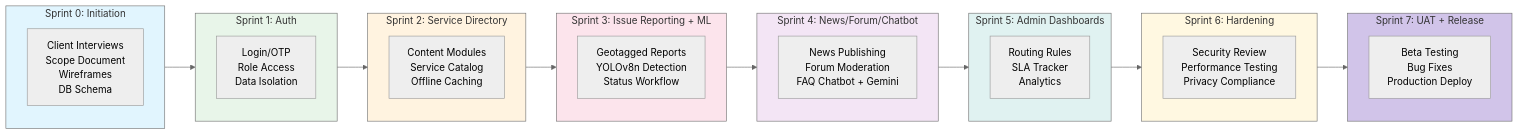
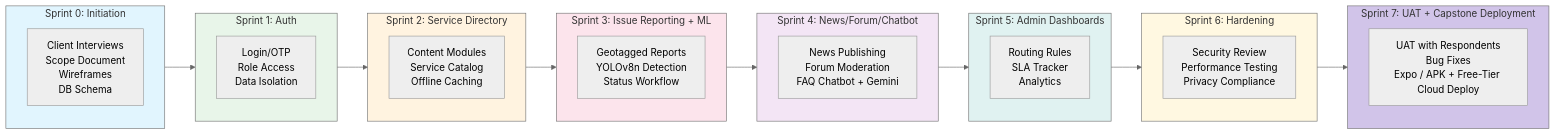
Before and after one commit to Jechrispotato/Refractor: diagram 33 of 33 in Manuscript/diagrams.md, drawn with Mermaid (neutral theme). The commit also changed other lines of this file and 13 other files, not shown here.

````diff
--- a/Manuscript/diagrams.md
+++ b/Manuscript/diagrams.md
@@ -738,45 +744,45 @@
 ```mermaid
 flowchart LR
     subgraph Sprint0["Sprint 0: Initiation"]
         S0[Client Interviews<br/>Scope Document<br/>Wireframes<br/>DB Schema]
     end
     
     subgraph Sprint1["Sprint 1: Auth"]
         S1[Login/OTP<br/>Role Access<br/>Data Isolation]
     end
     
     subgraph Sprint2["Sprint 2: Service Directory"]
         S2[Content Modules<br/>Service Catalog<br/>Offline Caching]
     end
     
     subgraph Sprint3["Sprint 3: Issue Reporting + ML"]
         S3[Geotagged Reports<br/>YOLOv8n Detection<br/>Status Workflow]
     end
     
     subgraph Sprint4["Sprint 4: News/Forum/Chatbot"]
         S4[News Publishing<br/>Forum Moderation<br/>FAQ Chatbot + Gemini]
     end
     
     subgraph Sprint5["Sprint 5: Admin Dashboards"]
         S5[Routing Rules<br/>SLA Tracker<br/>Analytics]
     end
     
     subgraph Sprint6["Sprint 6: Hardening"]
         S6[Security Review<br/>Performance Testing<br/>Privacy Compliance]
     end
     
-    subgraph Sprint7["Sprint 7: UAT + Release"]
-        S7[Beta Testing<br/>Bug Fixes<br/>Production Deploy]
+    subgraph Sprint7["Sprint 7: UAT + Capstone Deployment"]
+        S7[UAT with Respondents<br/>Bug Fixes<br/>Expo / APK + Free-Tier Cloud Deploy]
     end
     
     Sprint0 --> Sprint1 --> Sprint2 --> Sprint3 --> Sprint4 --> Sprint5 --> Sprint6 --> Sprint7
     
     style Sprint0 fill:#e1f5fe
     style Sprint1 fill:#e8f5e9
     style Sprint2 fill:#fff3e0
     style Sprint3 fill:#fce4ec
     style Sprint4 fill:#f3e5f5
     style Sprint5 fill:#e0f2f1
     style Sprint6 fill:#fff8e1
     style Sprint7 fill:#d1c4e9
 ```
````
